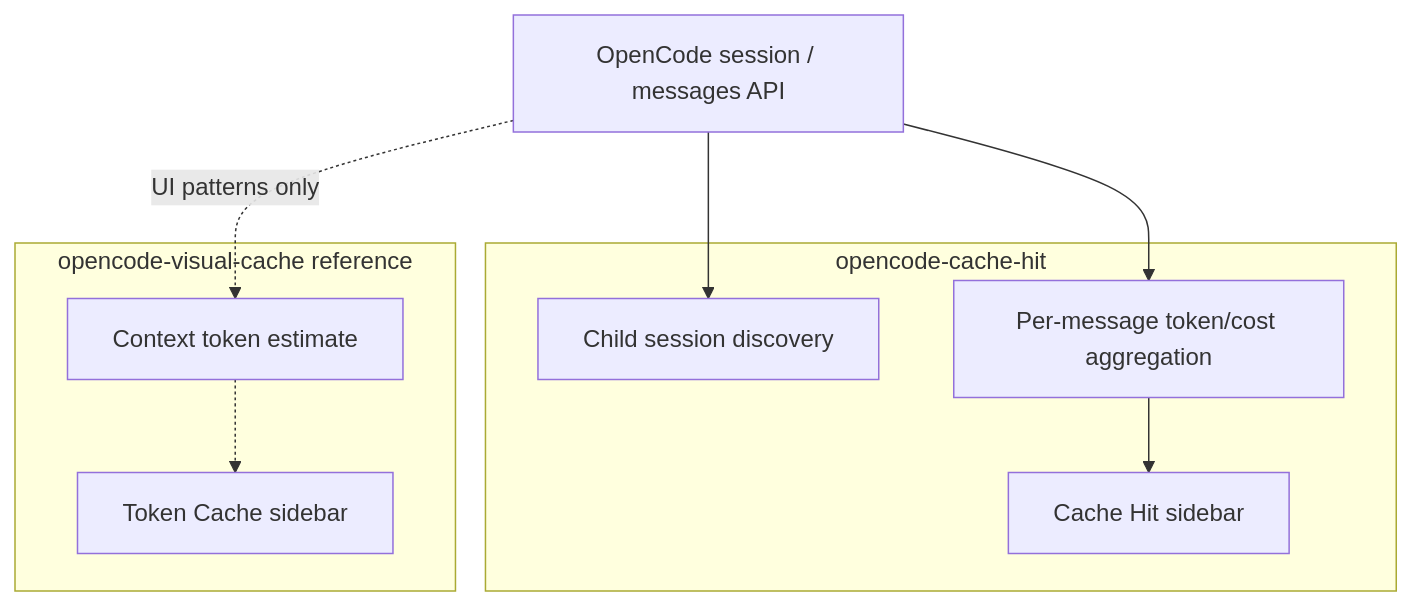
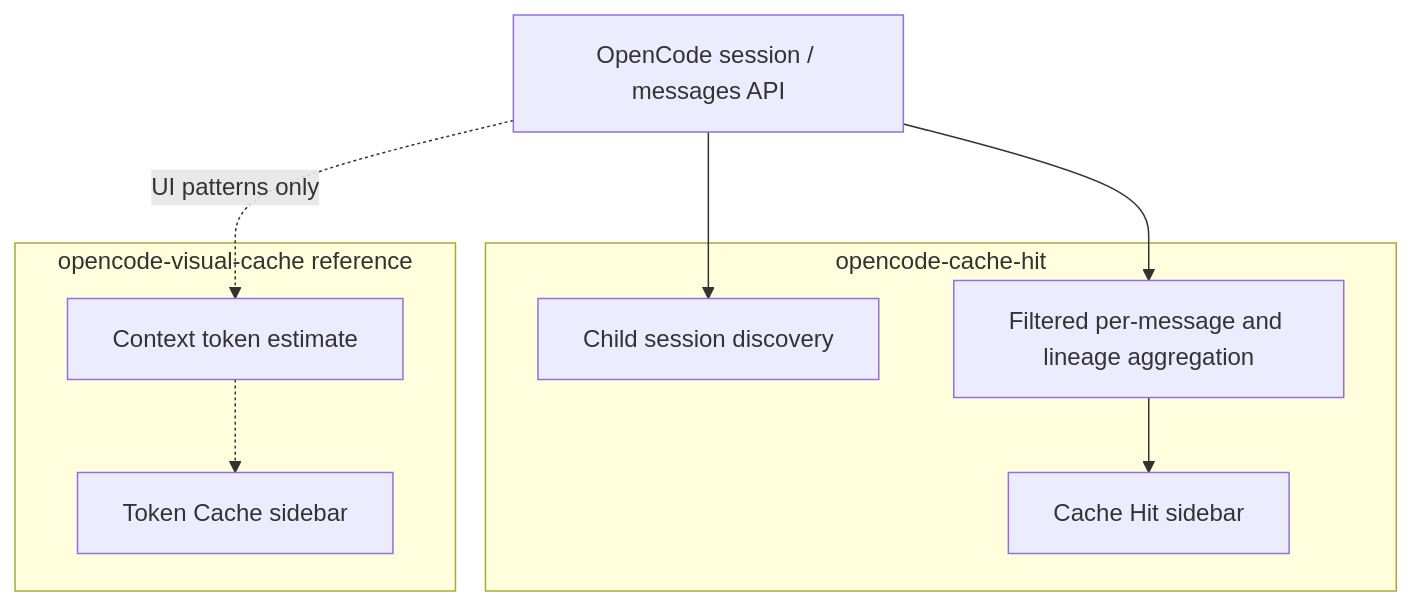
One commit to zhumengzhu/opencode-cache-hit changed the first of 4 diagrams in docs/en/design.md. Above: the diagram before and after it, drawn with Mermaid. The commit also changed other lines of this file and 34 other files, not shown here.

````diff
--- a/docs/en/design.md
+++ b/docs/en/design.md
@@ -19,17 +19,17 @@
 ```mermaid
 flowchart TB
   subgraph ours [opencode-cache-hit]
     DISC[Child session discovery]
-    AGG[Per-message token/cost aggregation]
+    AGG[Filtered per-message and lineage aggregation]
     UI[Cache Hit sidebar]
   end
   subgraph ref [opencode-visual-cache reference]
     EST[Context token estimate]
     VCUI[Token Cache sidebar]
   end
   OC[OpenCode session / messages API] --> DISC
   OC --> AGG
   AGG --> UI
   OC -.->|UI patterns only| EST
   EST -.-> VCUI
 ```
````
